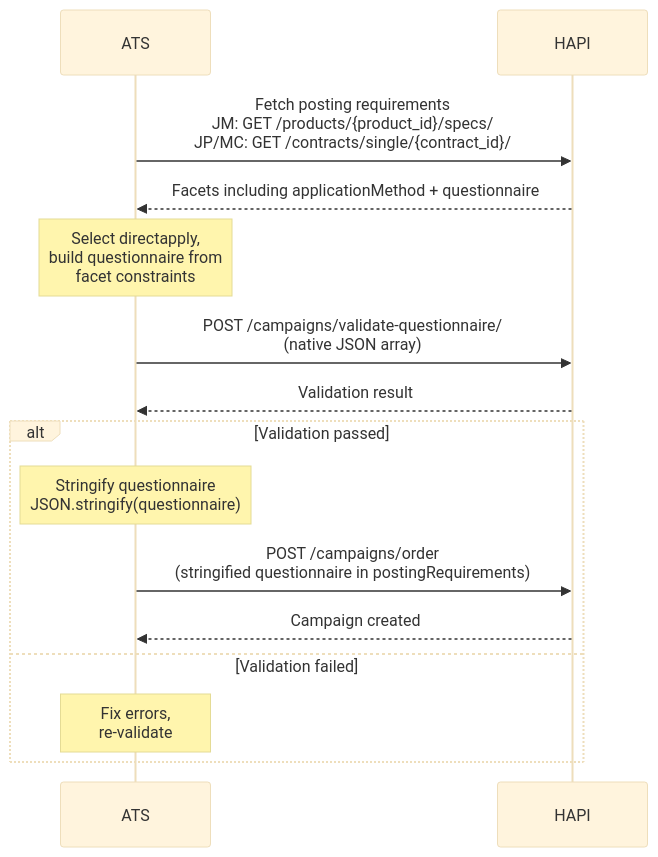
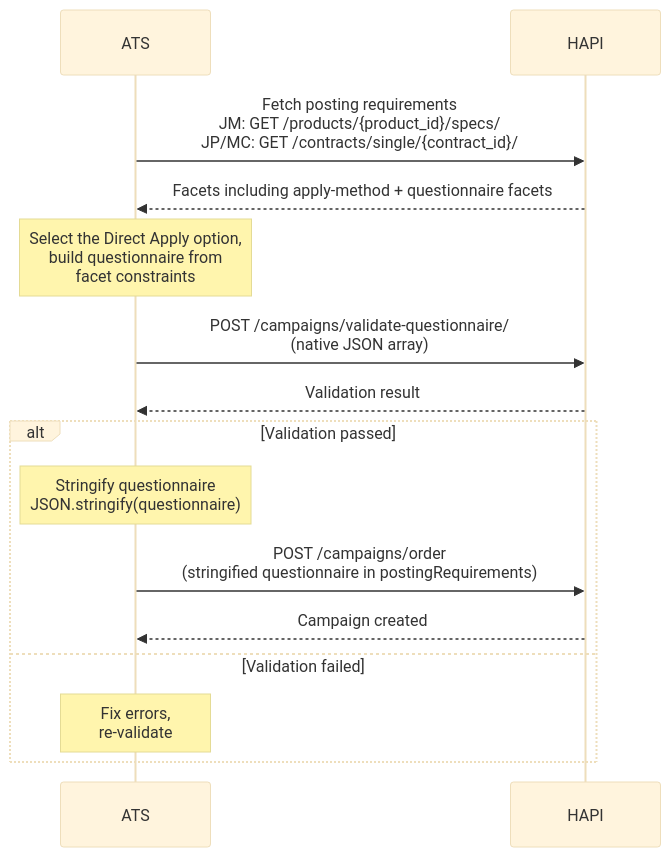
The diagram in docs/guides/10-direct-apply/posting-requirements.md (vonq/hapi-docs), drawn with Mermaid (base theme) before and after one commit. The commit also changed other lines of this file and 4 other files, not shown here.

````diff
--- a/docs/guides/10-direct-apply/posting-requirements.md
+++ b/docs/guides/10-direct-apply/posting-requirements.md
@@ -339,22 +379,22 @@
 ```mermaid
 %%{init: {'sequence': {'useMaxWidth': true}}}%%
 sequenceDiagram
     participant ATS
     participant HAPI
 
     ATS->>HAPI: Fetch posting requirements<br/>JM: GET /products/{product_id}/specs/<br/>JP/MC: GET /contracts/single/{contract_id}/
-    HAPI-->>ATS: Facets including applicationMethod + questionnaire
+    HAPI-->>ATS: Facets including apply-method + questionnaire facets
 
-    Note over ATS: Select directapply,<br/>build questionnaire from<br/>facet constraints
+    Note over ATS: Select the Direct Apply option,<br/>build questionnaire from<br/>facet constraints
 
     ATS->>HAPI: POST /campaigns/validate-questionnaire/<br/>(native JSON array)
     HAPI-->>ATS: Validation result
 
     alt Validation passed
         Note over ATS: Stringify questionnaire<br/>JSON.stringify(questionnaire)
         ATS->>HAPI: POST /campaigns/order<br/>(stringified questionnaire in postingRequirements)
         HAPI-->>ATS: Campaign created
     else Validation failed
         Note over ATS: Fix errors,<br/>re-validate
     end
 ```
````
